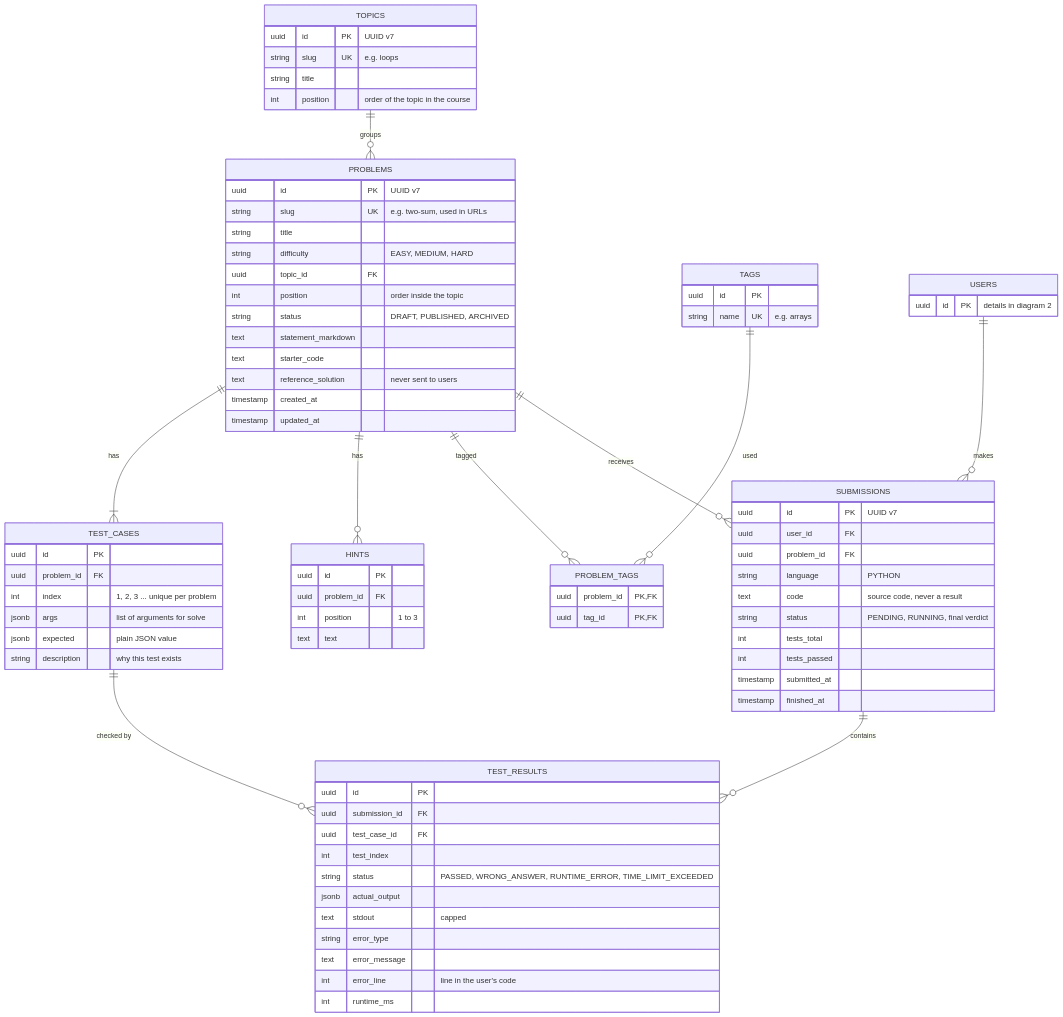
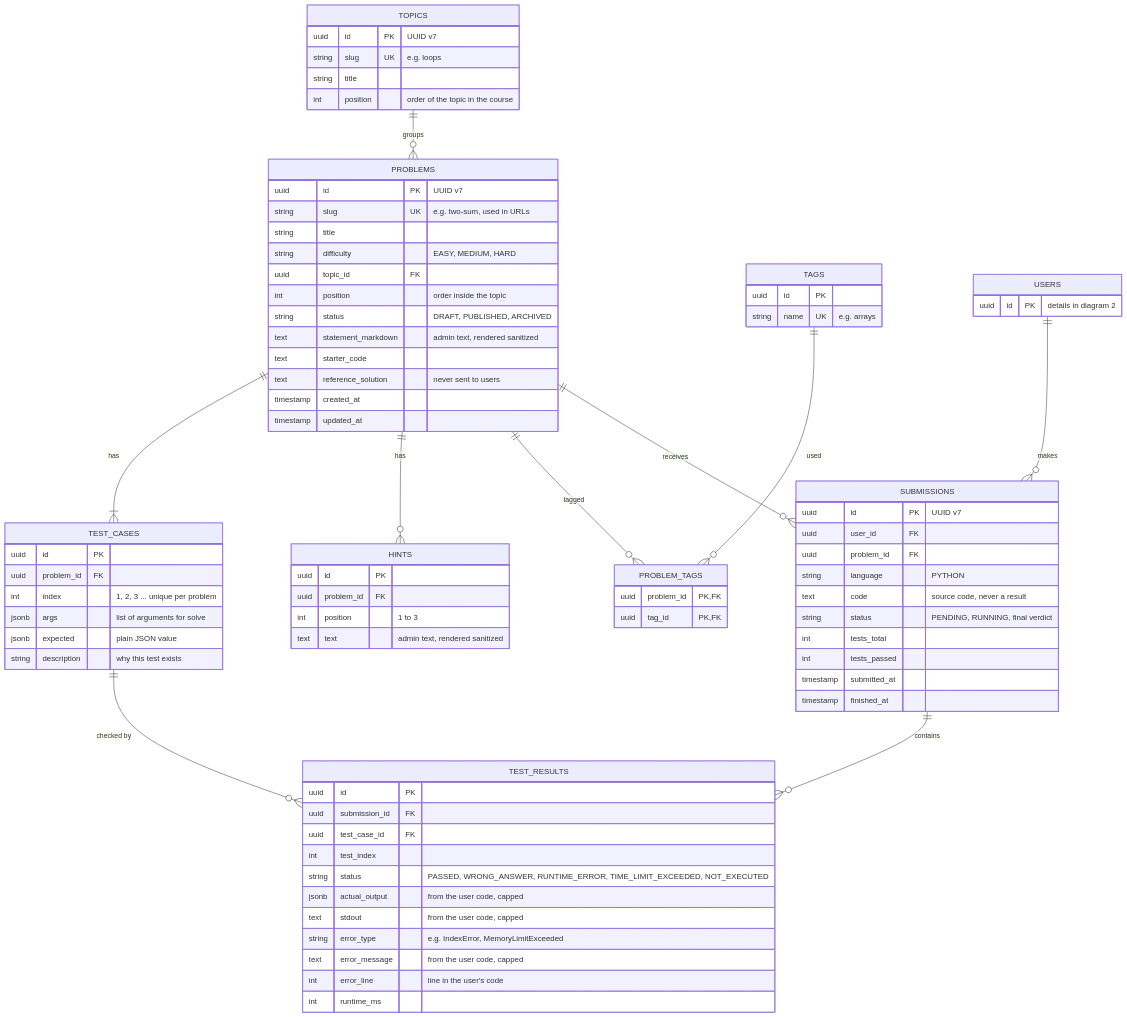
The first of 2 diagrams in docs/design/database.md (Kerolly/software_engineering_II), drawn with Mermaid before and after one commit. The commit also changed other lines of this file and 2 other files, not shown here.

```diff
--- a/docs/design/database.md
+++ b/docs/design/database.md
@@ -25,7 +27,7 @@
         uuid topic_id FK
         int position "order inside the topic"
         string status "DRAFT, PUBLISHED, ARCHIVED"
-        text statement_markdown
+        text statement_markdown "admin text, rendered sanitized"
         text starter_code
         text reference_solution "never sent to users"
         timestamp created_at
@@ -45,7 +47,7 @@
         uuid id PK
         uuid problem_id FK
         int position "1 to 3"
-        text text
+        text text "admin text, rendered sanitized"
     }
 
     TAGS {
@@ -80,11 +82,11 @@
         uuid submission_id FK
         uuid test_case_id FK
         int test_index
-        string status "PASSED, WRONG_ANSWER, RUNTIME_ERROR, TIME_LIMIT_EXCEEDED"
-        jsonb actual_output
-        text stdout "capped"
-        string error_type
-        text error_message
+        string status "PASSED, WRONG_ANSWER, RUNTIME_ERROR, TIME_LIMIT_EXCEEDED, NOT_EXECUTED"
+        jsonb actual_output "from the user code, capped"
+        text stdout "from the user code, capped"
+        string error_type "e.g. IndexError, MemoryLimitExceeded"
+        text error_message "from the user code, capped"
         int error_line "line in the user's code"
         int runtime_ms
     }
```
